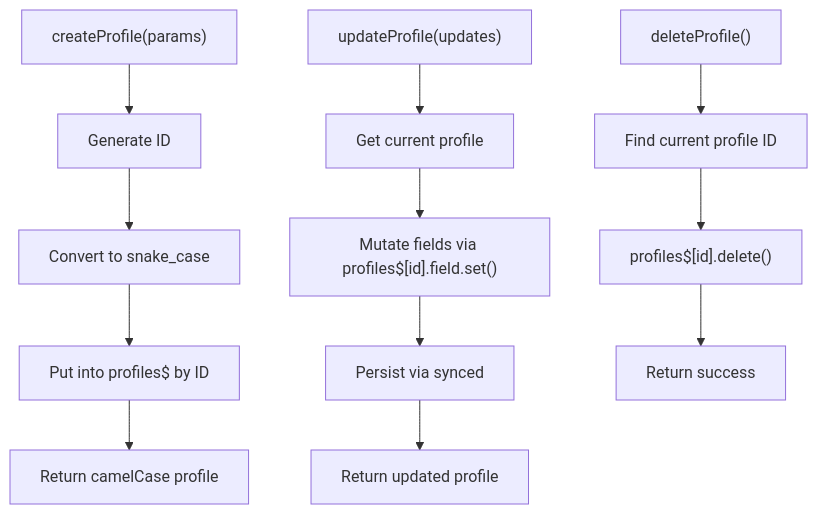
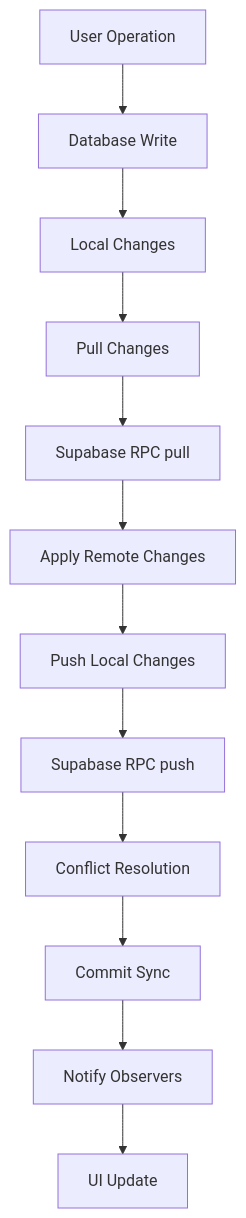
Before and after one commit to karllasouzza/PowerLists: the sixth of 7 diagrams in .qoder/repowiki/en/content/State Management Architecture/LegendAppState Core System.md, drawn with Mermaid. The commit also changed other lines of this file and 5 other files, not shown here.

````diff
--- a/.qoder/repowiki/en/content/State Management Architecture/LegendAppState Core System.md
+++ b/.qoder/repowiki/en/content/State Management Architecture/LegendAppState Core System.md
@@ -224,14 +355,14 @@
 ```mermaid
 flowchart TD
-A["createProfile(params)"] --> GenId["Generate ID"]
-GenId --> Convert["Convert to snake_case"]
-Convert --> Put["Put into profiles$ by ID"]
-Put --> ReturnCamel["Return camelCase profile"]
-B["updateProfile(updates)"] --> Get["Get current profile"]
-Get --> Mutate["Mutate fields via profiles$[id].field.set()"]
-Mutate --> Persist["Persist via synced"]
-Persist --> ReturnUpdated["Return updated profile"]
-C["deleteProfile()"] --> Find["Find current profile ID"]
-Find --> Remove["profiles$[id].delete()"]
-Remove --> Done["Return success"]
+A["User Operation"] --> B["Database Write"]
+B --> C["Local Changes"]
+C --> D["Pull Changes"]
+D --> E["Supabase RPC pull"]
+E --> F["Apply Remote Changes"]
+F --> G["Push Local Changes"]
+G --> H["Supabase RPC push"]
+H --> I["Conflict Resolution"]
+I --> J["Commit Sync"]
+J --> K["Notify Observers"]
+K --> L["UI Update"]
 ```
````
